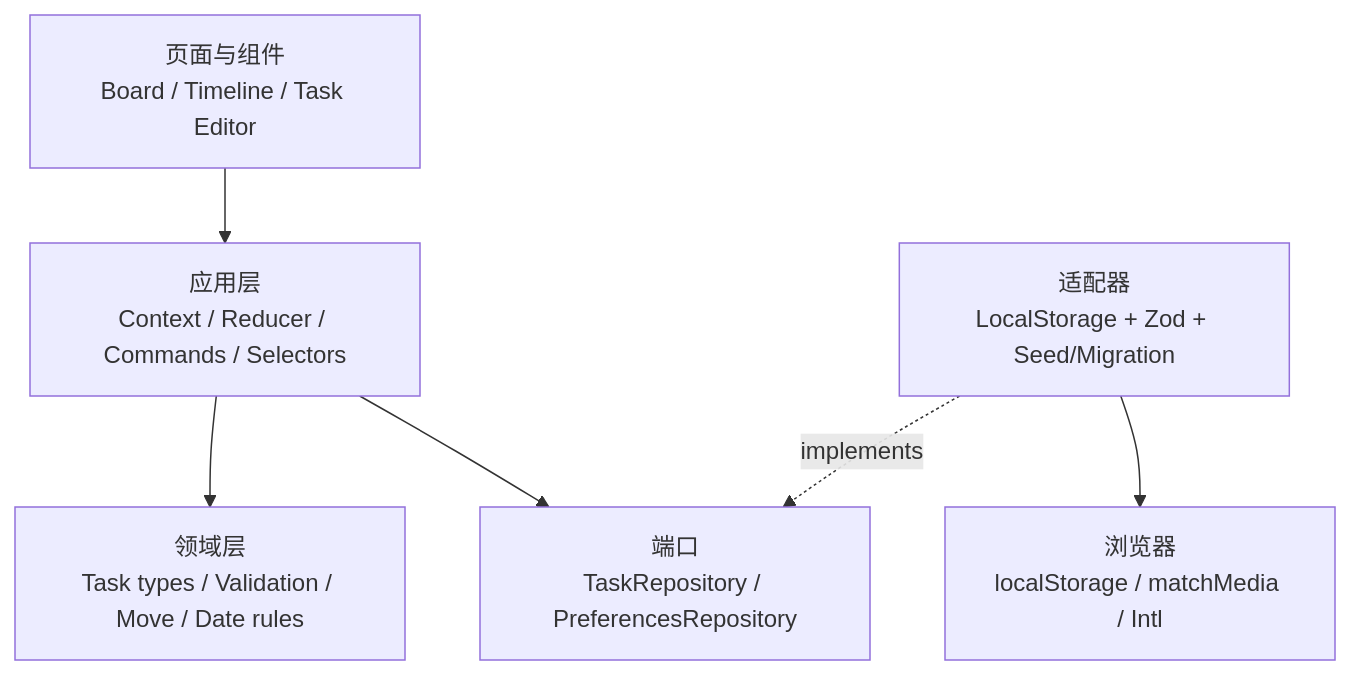
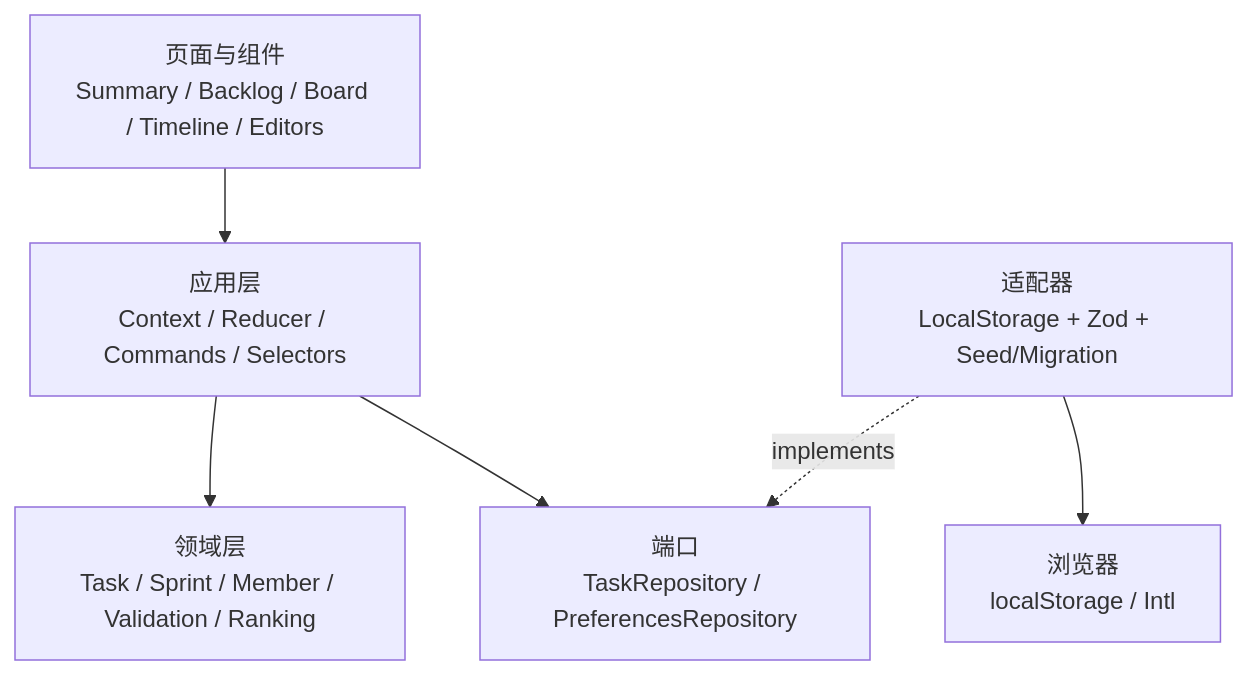
One commit to CHENG-LIANG1/ForceTrack changed the first of 2 diagrams in TECHNICAL_DESIGN.md. Above: the diagram before and after it, drawn with Mermaid. The commit also changed other lines of this file and 78 other files, not shown here.

````diff
--- a/TECHNICAL_DESIGN.md
+++ b/TECHNICAL_DESIGN.md
@@ -119,15 +134,15 @@
 ```mermaid
 flowchart TD
-    UI["页面与组件<br/>Board / Timeline / Task Editor"]
+    UI["页面与组件<br/>Summary / Backlog / Board / Timeline / Editors"]
     APP["应用层<br/>Context / Reducer / Commands / Selectors"]
-    DOMAIN["领域层<br/>Task types / Validation / Move / Date rules"]
+    DOMAIN["领域层<br/>Task / Sprint / Member / Validation / Ranking"]
     PORT["端口<br/>TaskRepository / PreferencesRepository"]
     LOCAL["适配器<br/>LocalStorage + Zod + Seed/Migration"]
-    BROWSER["浏览器<br/>localStorage / matchMedia / Intl"]
+    BROWSER["浏览器<br/>localStorage / Intl"]
 
     UI --> APP
     APP --> DOMAIN
     APP --> PORT
     LOCAL -. implements .-> PORT
     LOCAL --> BROWSER
 ```
````
